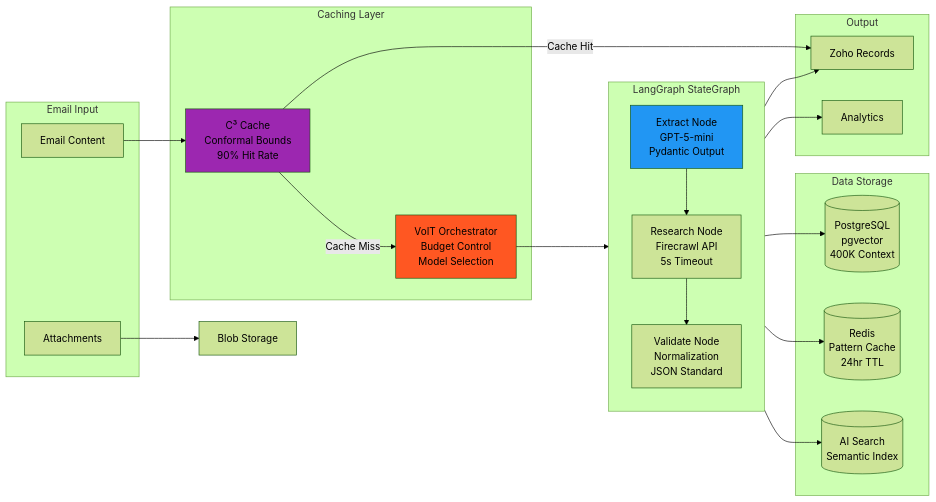
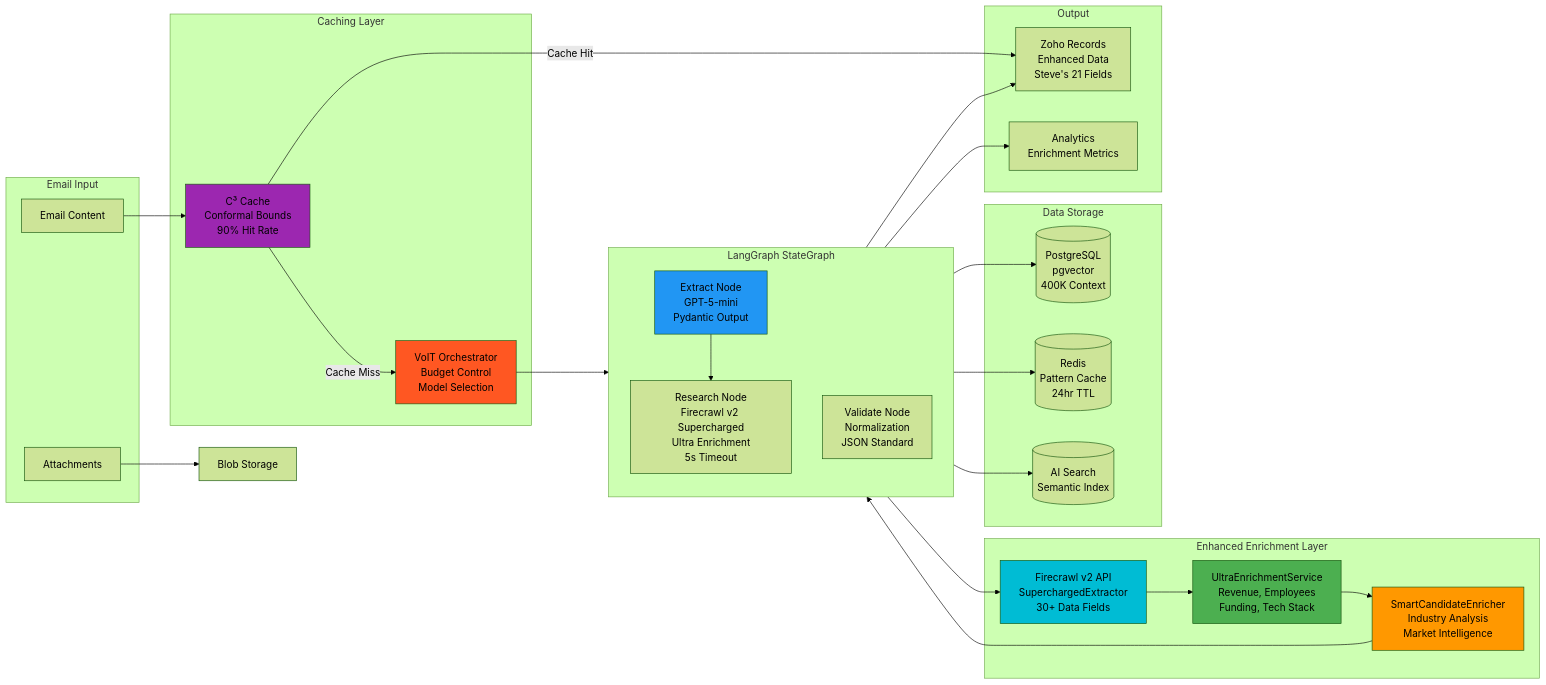
Before and after one commit to romiteld/ZohoDealCreation: the second of 3 diagrams in README.md, drawn with Mermaid (forest theme). The commit also changed other lines of this file and 1 other file, not shown here.

First line of the commit message:
feat: Update README.md with Firecrawl v2 Supercharged architecture

````diff
--- a/README.md
+++ b/README.md
@@ -130,47 +134,59 @@
 ```mermaid
 graph LR
     subgraph "Email Input"
         EMAIL[Email Content]
         ATT[Attachments]
     end
 
     subgraph "LangGraph StateGraph"
         direction TB
         EXT[Extract Node<br/>GPT-5-mini<br/>Pydantic Output]
-        RES[Research Node<br/>Firecrawl API<br/>5s Timeout]
+        RES[Research Node<br/>Firecrawl v2 Supercharged<br/>Ultra Enrichment<br/>5s Timeout]
         VAL[Validate Node<br/>Normalization<br/>JSON Standard]
+    end
+
+    subgraph "Enhanced Enrichment Layer"
+        FC2[Firecrawl v2 API<br/>SuperchargedExtractor<br/>30+ Data Fields]
+        ULTRA[UltraEnrichmentService<br/>Revenue, Employees<br/>Funding, Tech Stack]
+        SMART[SmartCandidateEnricher<br/>Industry Analysis<br/>Market Intelligence]
     end
 
     subgraph "Caching Layer"
         C3[C³ Cache<br/>Conformal Bounds<br/>90% Hit Rate]
         VOIT[VoIT Orchestrator<br/>Budget Control<br/>Model Selection]
     end
 
     subgraph "Data Storage"
         PG_DB[(PostgreSQL<br/>pgvector<br/>400K Context)]
         REDIS[(Redis<br/>Pattern Cache<br/>24hr TTL)]
         AZURE_SEARCH[(AI Search<br/>Semantic Index)]
     end
 
     subgraph "Output"
-        CRM[Zoho Records]
-        METRICS[Analytics]
+        CRM[Zoho Records<br/>Enhanced Data<br/>Steve's 21 Fields]
+        METRICS[Analytics<br/>Enrichment Metrics]
     end
 
     EMAIL --> C3
     C3 -->|Cache Hit| CRM
     C3 -->|Cache Miss| VOIT
     VOIT --> EXT
     ATT --> BLOB[Blob Storage]
     EXT --> RES
-    RES --> VAL
+    RES --> FC2
+    FC2 --> ULTRA
+    ULTRA --> SMART
+    SMART --> VAL
     VAL --> PG_DB
     VAL --> REDIS
     VAL --> AZURE_SEARCH
     VAL --> CRM
     VAL --> METRICS
 
     style C3 fill:#9C27B0
     style VOIT fill:#FF5722
     style EXT fill:#2196F3
+    style FC2 fill:#00BCD4
+    style ULTRA fill:#4CAF50
+    style SMART fill:#FF9800
 ```
````
